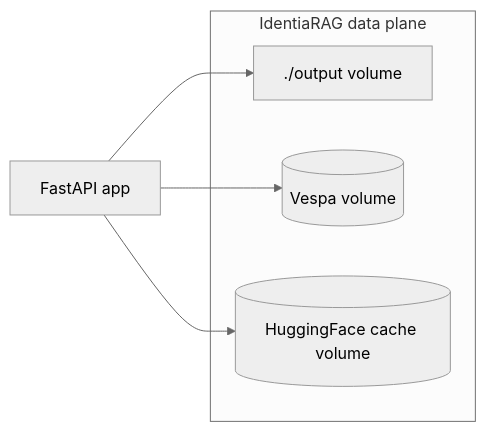
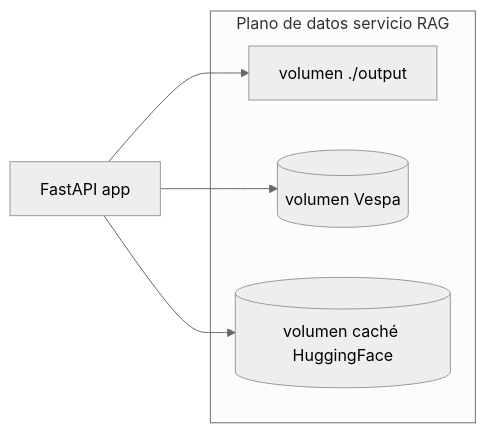
The second of 2 diagrams in docs/as-built/data-and-storage.md (13g4d0/docu-es), drawn with Mermaid (neutral theme) before and after one commit. The commit also changed other lines of this file and 38 other files, not shown here.

````diff
--- a/docs/as-built/data-and-storage.md
+++ b/docs/as-built/data-and-storage.md
@@ -59,12 +59,12 @@
 ```mermaid
 flowchart LR
-  subgraph identia_data [IdentiaRAG data plane]
-    OUT[./output volume]
-    VDB[(Vespa volume)]
-    HF[(HuggingFace cache volume)]
+  subgraph identia_data [Plano de datos servicio RAG]
+    OUT[volumen ./output]
+    VDB[(volumen Vespa)]
+    HF[(volumen caché HuggingFace)]
   end
 
   API[FastAPI app] --> OUT
   API --> VDB
   API --> HF
 ```
````
